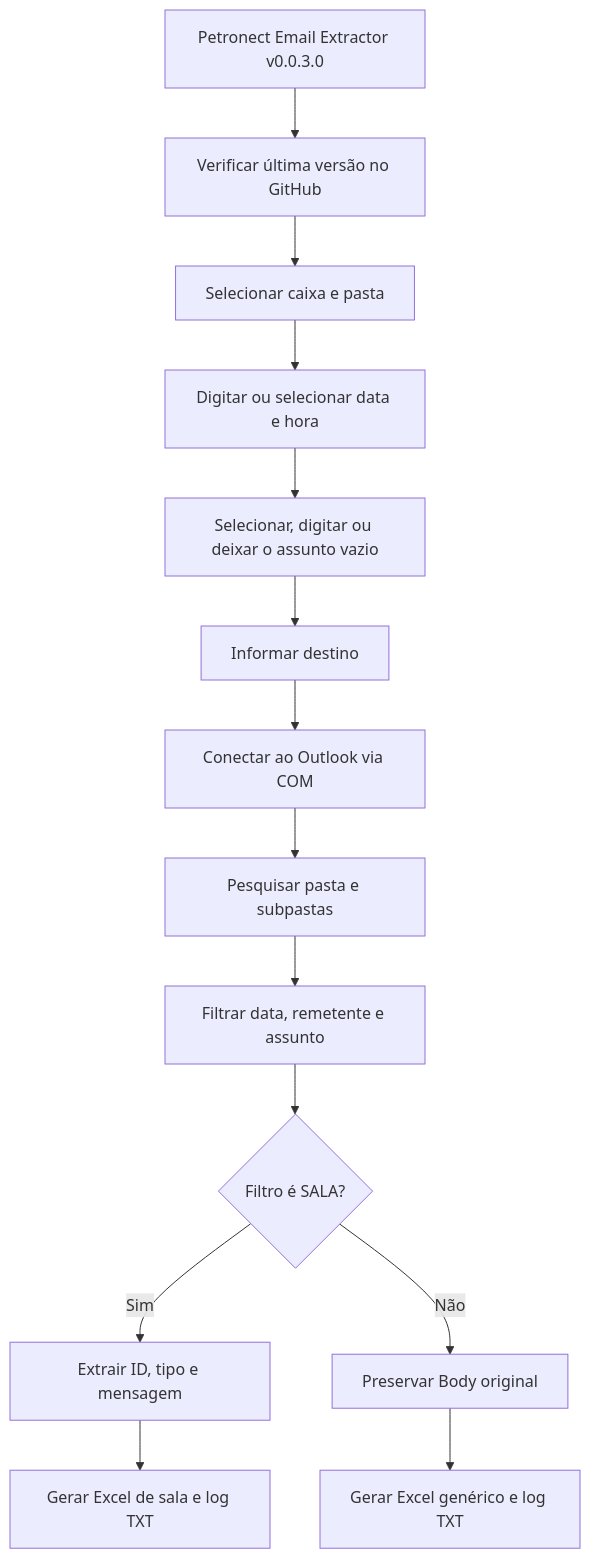
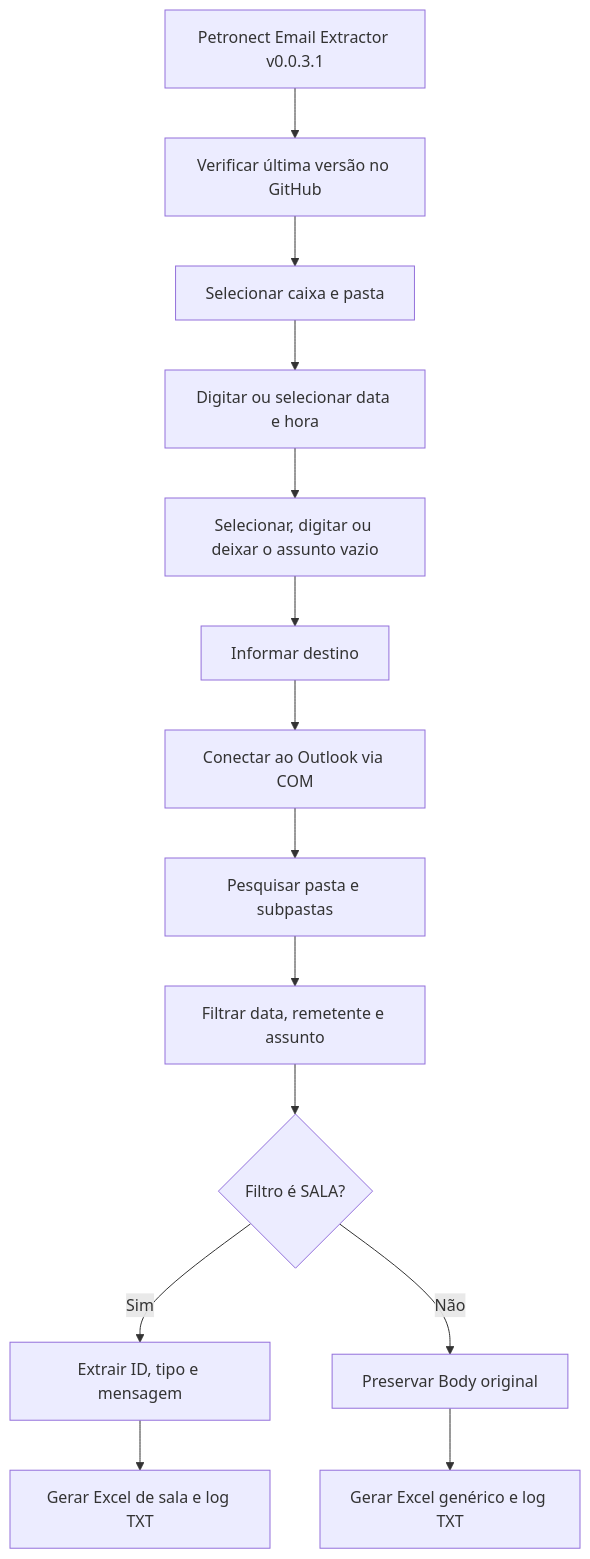
Before and after one commit to Marcus300/petronect-email-extractor: the diagram in docs/FLUXOGRAMA.mmd, drawn with Mermaid. The commit also changed 7 other files, not shown here.

Commit message:
Release v0.0.3.1 with complete Graph folder tree

```diff
--- a/docs/FLUXOGRAMA.mmd
+++ b/docs/FLUXOGRAMA.mmd
@@ -1,14 +1,14 @@
 flowchart TD
-    A[Petronect Email Extractor v0.0.3.0] --> B[Verificar última versão no GitHub]
+    A[Petronect Email Extractor v0.0.3.1] --> B[Verificar última versão no GitHub]
     B --> C[Selecionar caixa e pasta]
     C --> D[Digitar ou selecionar data e hora]
     D --> E[Selecionar, digitar ou deixar o assunto vazio]
     E --> E2[Informar destino]
     E2 --> F[Conectar ao Outlook via COM]
     F --> G[Pesquisar pasta e subpastas]
     G --> H[Filtrar data, remetente e assunto]
     H --> I{Filtro é SALA?}
     I -->|Sim| J[Extrair ID, tipo e mensagem]
     I -->|Não| K[Preservar Body original]
     J --> L[Gerar Excel de sala e log TXT]
     K --> M[Gerar Excel genérico e log TXT]
```
